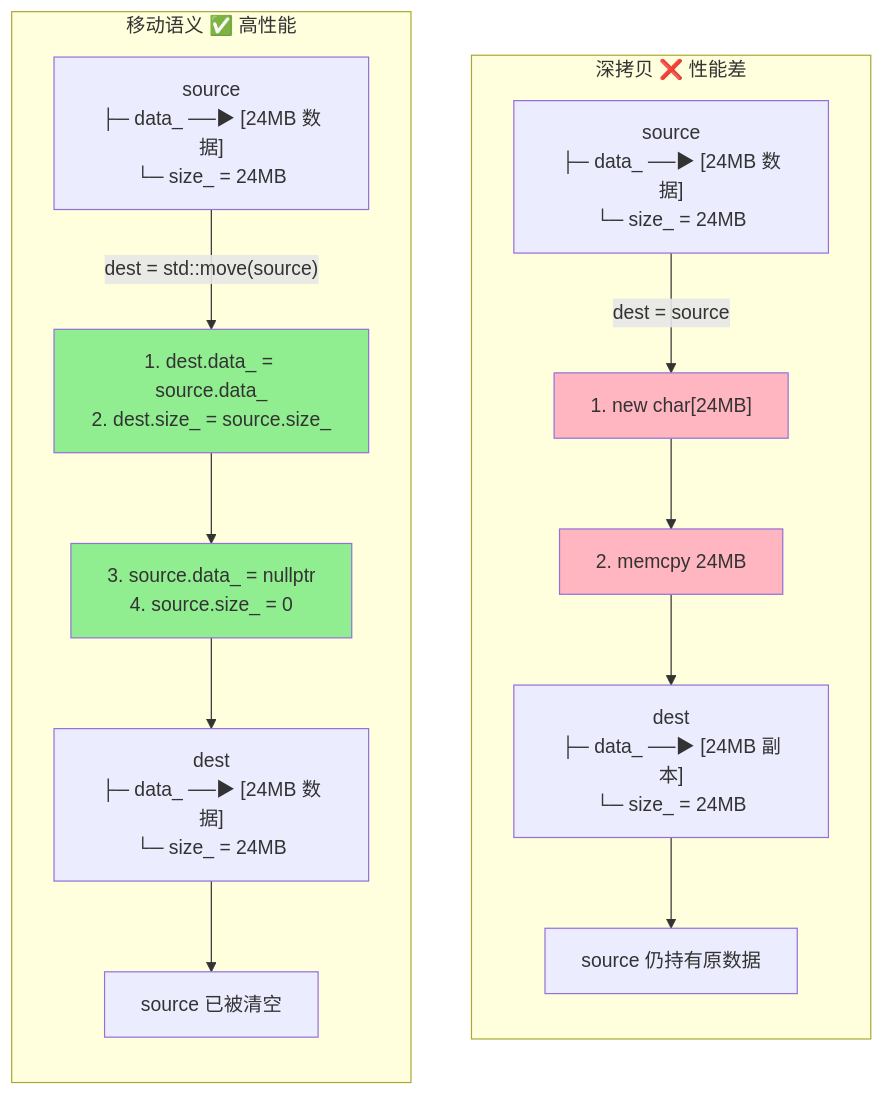
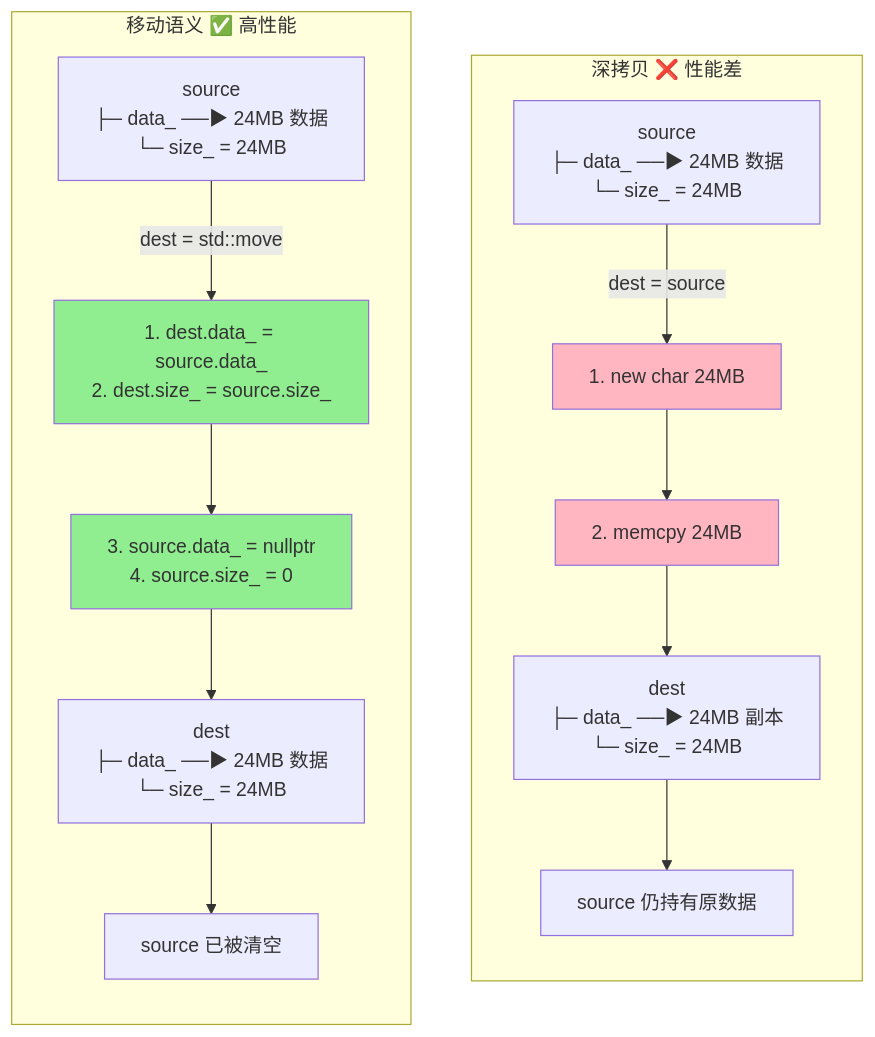
One commit to hanchunbo/Edge-AI-Genesis-2026 changed the diagram in 01_Linux_CPP_Foundations/w2_move_semantics/notes.md. Above: the diagram before and after it, drawn with Mermaid. The commit also changed 1 other file, not shown here.

Commit message:
fix(W1,W2): 修复Mermaid图表换行符显示问题

````diff
--- a/01_Linux_CPP_Foundations/w2_move_semantics/notes.md
+++ b/01_Linux_CPP_Foundations/w2_move_semantics/notes.md
@@ -62,26 +62,26 @@
 ```mermaid
 flowchart TB
     subgraph DeepCopy["深拷贝 ❌ 性能差"]
         direction TB
-        DC1["source\n├─ data_ ──▶ [24MB 数据]\n└─ size_ = 24MB"]
-        DC1 -->|"dest = source"| DC2["1. new char[24MB]"]
+        DC1["source<br>├─ data_ ──▶ 24MB 数据<br>└─ size_ = 24MB"]
+        DC1 -->|"dest = source"| DC2["1. new char 24MB"]
         DC2 --> DC3["2. memcpy 24MB"]
-        DC3 --> DC4["dest\n├─ data_ ──▶ [24MB 副本]\n└─ size_ = 24MB"]
+        DC3 --> DC4["dest<br>├─ data_ ──▶ 24MB 副本<br>└─ size_ = 24MB"]
         DC4 --> DC5["source 仍持有原数据"]
         
         style DC2 fill:#FFB6C1
         style DC3 fill:#FFB6C1
     end
 
     subgraph MoveSemantics["移动语义 ✅ 高性能"]
         direction TB
-        MS1["source\n├─ data_ ──▶ [24MB 数据]\n└─ size_ = 24MB"]
-        MS1 -->|"dest = std::move(source)"| MS2["1. dest.data_ = source.data_\n2. dest.size_ = source.size_"]
-        MS2 --> MS3["3. source.data_ = nullptr\n4. source.size_ = 0"]
-        MS3 --> MS4["dest\n├─ data_ ──▶ [24MB 数据]\n└─ size_ = 24MB"]
+        MS1["source<br>├─ data_ ──▶ 24MB 数据<br>└─ size_ = 24MB"]
+        MS1 -->|"dest = std::move"| MS2["1. dest.data_ = source.data_<br>2. dest.size_ = source.size_"]
+        MS2 --> MS3["3. source.data_ = nullptr<br>4. source.size_ = 0"]
+        MS3 --> MS4["dest<br>├─ data_ ──▶ 24MB 数据<br>└─ size_ = 24MB"]
         MS4 --> MS5["source 已被清空"]
         
         style MS2 fill:#90EE90
         style MS3 fill:#90EE90
     end
 ```
````
